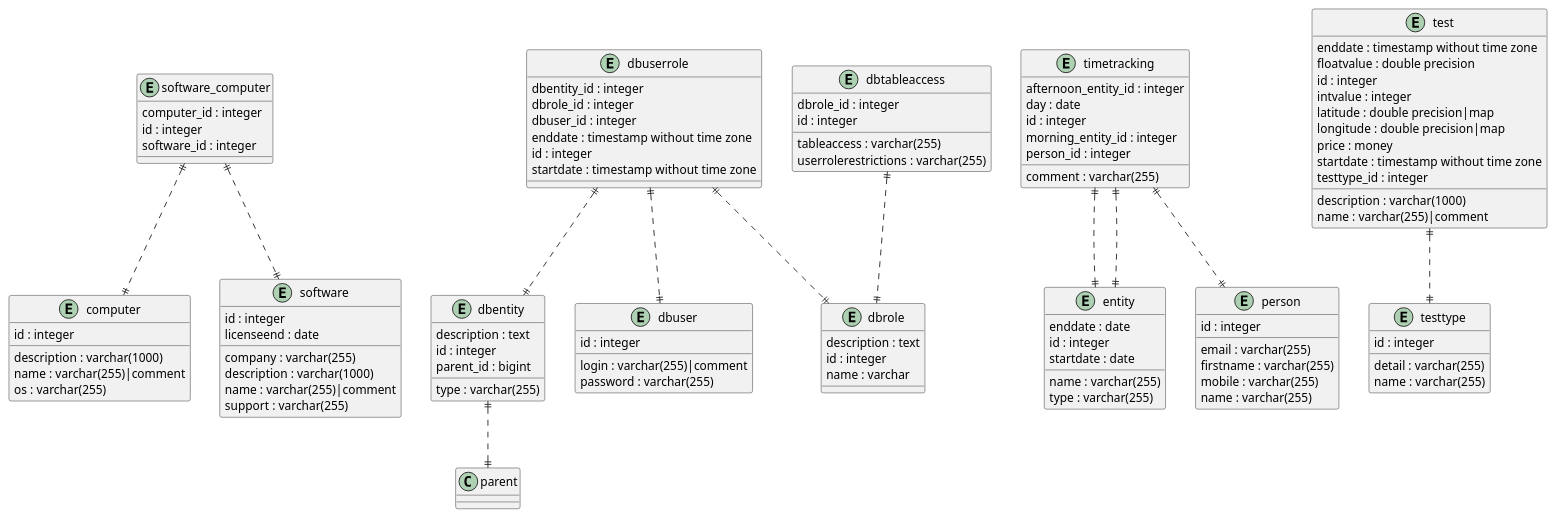
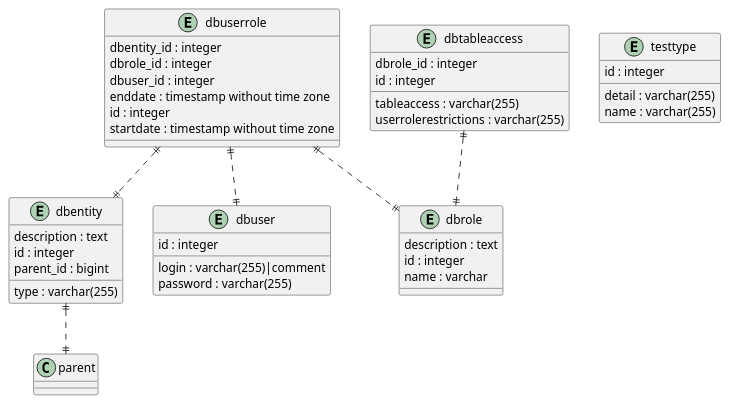
The diagram in schema.puml (irtse/sqldb), drawn with PlantUML before and after one commit. The commit also changed 8 other files, not shown here.

```diff
--- a/schema.puml
+++ b/schema.puml
@@ -1,131 +1,58 @@
 @startuml
 
-
-entity computer {
-  description : varchar(1000)
-  id : integer
-  name : varchar(255)|comment
-  os : varchar(255)
-}
 
 entity dbentity {
   description : text
   id : integer
   parent_id : bigint
   type : varchar(255)
 }
 
 entity dbrole {
   description : text
   id : integer
   name : varchar
 }
 
 entity dbtableaccess {
   dbrole_id : integer
   id : integer
   tableaccess : varchar(255)
   userrolerestrictions : varchar(255)
 }
 
 entity dbuser {
   id : integer
   login : varchar(255)|comment
   password : varchar(255)
 }
 
 entity dbuserrole {
   dbentity_id : integer
   dbrole_id : integer
   dbuser_id : integer
   enddate : timestamp without time zone
   id : integer
   startdate : timestamp without time zone
 }
 
-entity entity {
-  enddate : date
-  id : integer
-  name : varchar(255)
-  startdate : date
-  type : varchar(255)
-}
-
-entity person {
-  email : varchar(255)
-  firstname : varchar(255)
-  id : integer
-  mobile : varchar(255)
-  name : varchar(255)
-}
-
-entity software {
-  company : varchar(255)
-  description : varchar(1000)
-  id : integer
-  licenseend : date
-  name : varchar(255)|comment
-  support : varchar(255)
-}
-
-entity software_computer {
-  computer_id : integer
-  id : integer
-  software_id : integer
-}
-
-entity test {
-  description : varchar(1000)
-  enddate : timestamp without time zone
-  floatvalue : double precision
-  id : integer
-  intvalue : integer
-  latitude : double precision|map
-  longitude : double precision|map
-  name : varchar(255)|comment
-  price : money
-  startdate : timestamp without time zone
-  testtype_id : integer
-}
-
 entity testtype {
   detail : varchar(255)
   id : integer
   name : varchar(255)
-}
-
-entity timetracking {
-  afternoon_entity_id : integer
-  comment : varchar(255)
-  day : date
-  id : integer
-  morning_entity_id : integer
-  person_id : integer
 }
 
 
 
 dbentity ||..|| parent
 
 dbtableaccess ||..|| dbrole
 
+dbuserrole ||..|| dbuser
+
 dbuserrole ||..|| dbentity
 
 dbuserrole ||..|| dbrole
 
-dbuserrole ||..|| dbuser
-
-software_computer ||..|| computer
-
-software_computer ||..|| software
-
-test ||..|| testtype
-
-timetracking ||..|| entity
-
-timetracking ||..|| person
-
-timetracking ||..|| entity
-
 
 @enduml
```
